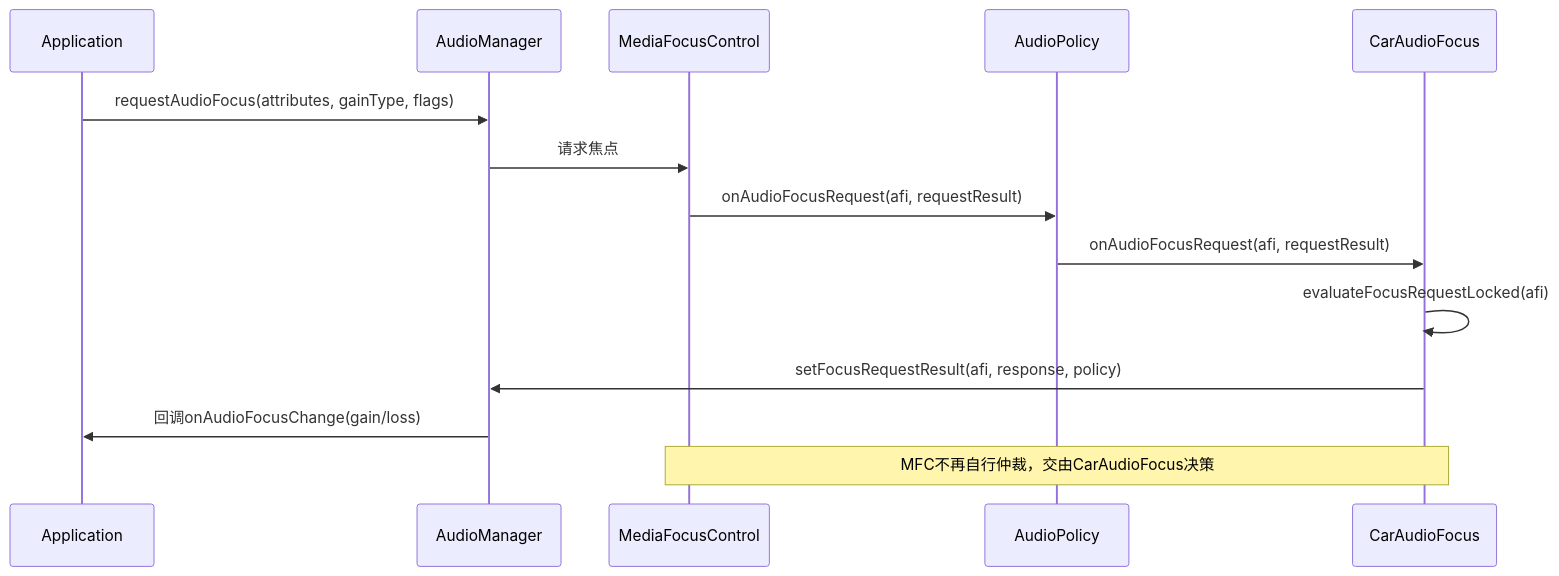
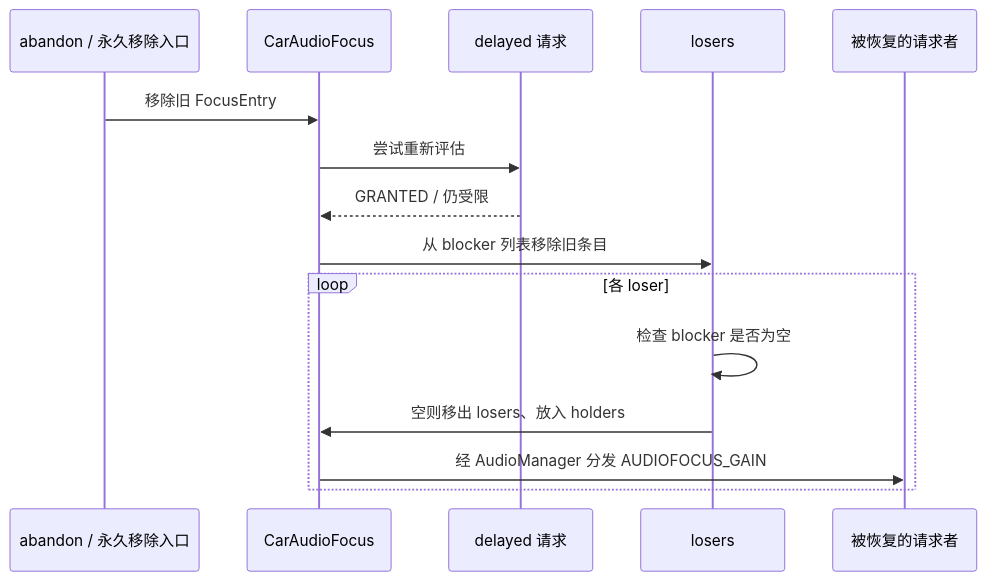
One commit to yanglinzhen1022/SA8295_AAOS_QNX_Audio_KnowledgeBase changed the third of 3 diagrams in 09_AAOS_Car_Audio/09_9.4_CarAudioFocus-车载焦点管理.md. Above: the diagram before and after it, drawn with Mermaid. The commit also changed other lines of this file and 13 other files, not shown here.

````diff
--- a/09_AAOS_Car_Audio/09_9.4_CarAudioFocus-车载焦点管理.md
+++ b/09_AAOS_Car_Audio/09_9.4_CarAudioFocus-车载焦点管理.md
@@ -575,18 +126,17 @@
 ```mermaid
 sequenceDiagram
-    participant App as Application
-    participant AM as AudioManager
-    participant MFC as MediaFocusControl
-    participant AP as AudioPolicy
-    participant CAF as CarAudioFocus
-
-    App->>AM: requestAudioFocus(attributes, gainType, flags)
-    AM->>MFC: 请求焦点
-    MFC->>AP: onAudioFocusRequest(afi, requestResult)
-    AP->>CAF: onAudioFocusRequest(afi, requestResult)
-    CAF->>CAF: evaluateFocusRequestLocked(afi)
-    CAF->>AM: setFocusRequestResult(afi, response, policy)
-    AM->>App: 回调onAudioFocusChange(gain/loss)
-
-    Note over MFC,CAF: MFC不再自行仲裁，交由CarAudioFocus决策
+    participant A as abandon / 永久移除入口
+    participant C as CarAudioFocus
+    participant D as delayed 请求
+    participant L as losers
+    participant R as 被恢复的请求者
+    A->>C: 移除旧 FocusEntry
+    C->>D: 尝试重新评估
+    D-->>C: GRANTED / 仍受限
+    C->>L: 从 blocker 列表移除旧条目
+    loop 各 loser
+        L->>L: 检查 blocker 是否为空
+        L->>C: 空则移出 losers、放入 holders
+        C->>R: 经 AudioManager 分发 AUDIOFOCUS_GAIN
+    end
 ```
````
